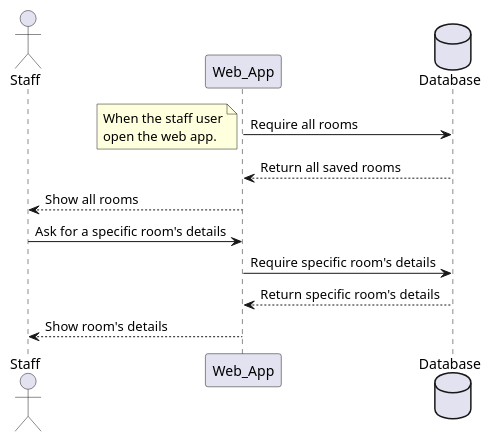
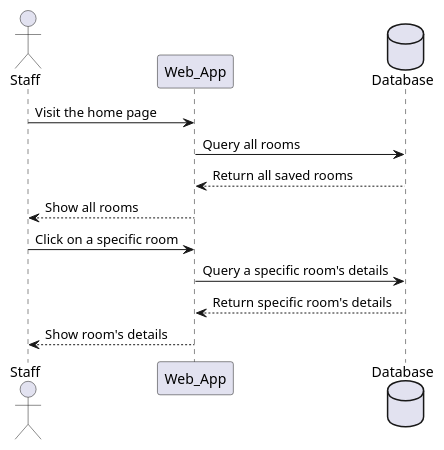
Before and after one commit to Hussien-LTS/Resaverse: the first of 2 diagrams in Sequence_Diagrams/Rooms-inter.puml, drawn with PlantUML. The commit also changed other lines of this file and 1 other file, not shown here.

```diff
--- a/Sequence_Diagrams/Rooms-inter.puml
+++ b/Sequence_Diagrams/Rooms-inter.puml
@@ -1,25 +1,25 @@
 @startuml Rooms via Staff
 actor Staff as Staff
 participant Web_App as Web_App
 database Database as DB
 
-' Staff -> Web_App: Ask for all rooms
+Staff -> Web_App: Visit the home page
 
-Web_App -> DB: Require all rooms
-note Left
-  When the staff user
-  open the web app.
-end note
+Web_App -> DB: Query all rooms
+' note Left
+'   When the staff user
+'   open the web app.
+' end note
 
 DB --> Web_App: Return all saved rooms
 Web_App --> Staff: Show all rooms
 
 
 
-Staff -> Web_App: Ask for a specific room's details
-Web_App -> DB: Require specific room's details
+Staff -> Web_App: Click on a specific room
+Web_App -> DB: Query a specific room's details
 
 DB --> Web_App: Return specific room's details
 Web_App --> Staff: Show room's details
 
 @enduml
```
